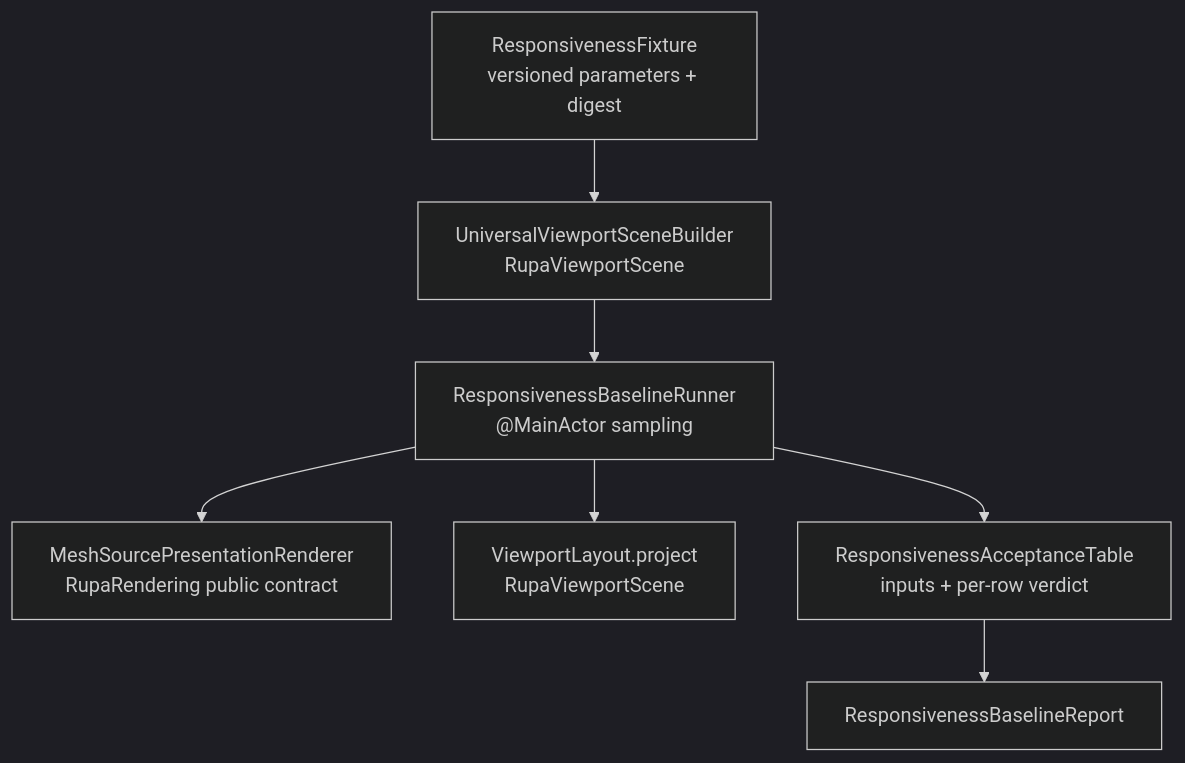
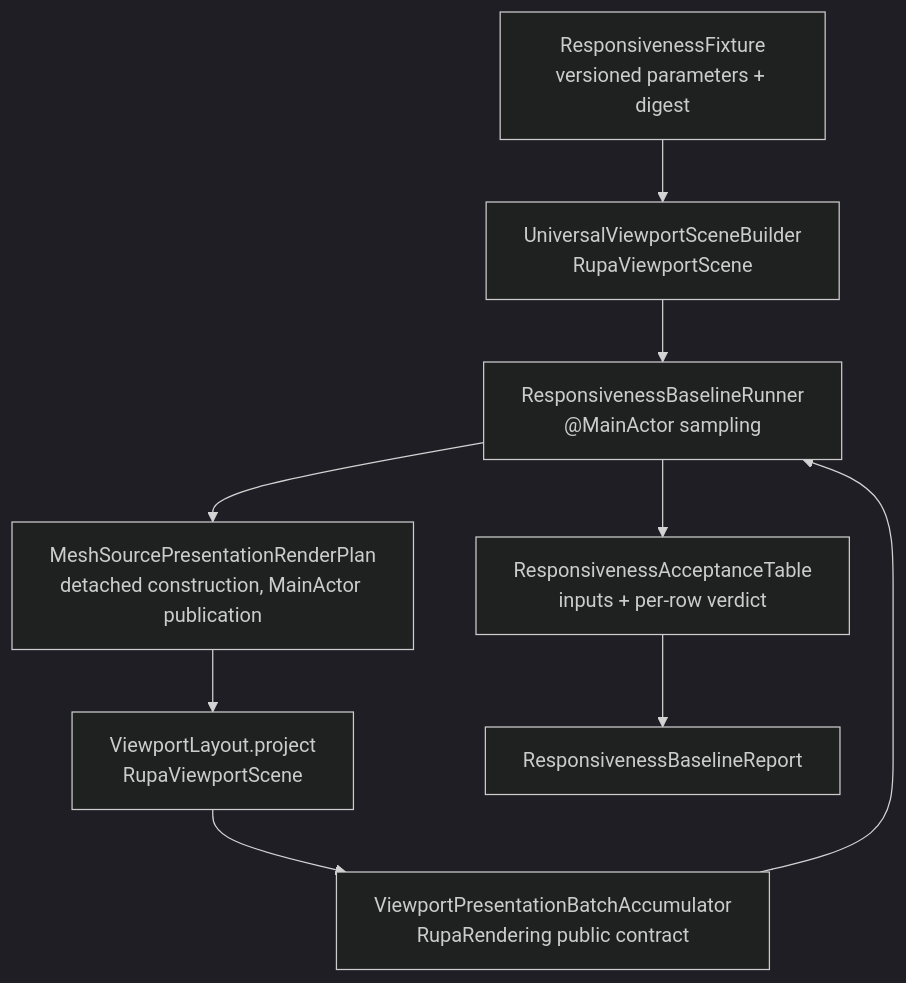
One commit to 1amageek/Rupa changed the first of 2 diagrams in RupaKit/Sources/RupaResponsivenessBaseline/DESIGN.md. Above: the diagram before and after it, drawn with Mermaid (dark theme). The commit also changed other lines of this file and 9 other files, not shown here.

First line of the commit message:
Compose off-main plan preparation with batched Canvas consumption

````diff
--- a/RupaKit/Sources/RupaResponsivenessBaseline/DESIGN.md
+++ b/RupaKit/Sources/RupaResponsivenessBaseline/DESIGN.md
@@ -43,17 +43,20 @@
 ```mermaid
 flowchart TD
     Fixture["ResponsivenessFixture\nversioned parameters + digest"]
     Scene["UniversalViewportSceneBuilder\nRupaViewportScene"]
     Runner["ResponsivenessBaselineRunner\n@MainActor sampling"]
-    Renderer["MeshSourcePresentationRenderer\nRupaRendering public contract"]
+    Plan["MeshSourcePresentationRenderPlan\ndetached construction, MainActor publication"]
+    Accumulator["ViewportPresentationBatchAccumulator\nRupaRendering public contract"]
     Layout["ViewportLayout.project\nRupaViewportScene"]
     Table["ResponsivenessAcceptanceTable\ninputs + per-row verdict"]
     Report["ResponsivenessBaselineReport"]
 
     Fixture --> Scene
     Scene --> Runner
-    Runner --> Renderer
-    Runner --> Layout
+    Runner --> Plan
+    Plan --> Layout
+    Layout --> Accumulator
+    Accumulator --> Runner
     Runner --> Table
     Table --> Report
 ```
````
